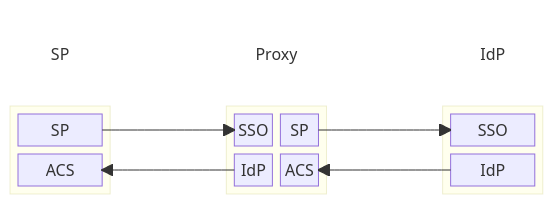
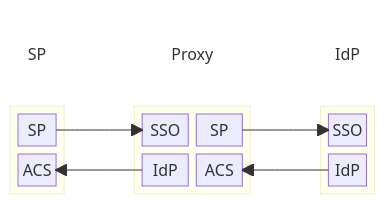
The first of 2 diagrams in README.md (mikehadlow/samlproxy), drawn with Mermaid before and after one commit. The commit also changed other lines of this file, not shown here.

Commit message:
block spacing

````diff
--- a/README.md
+++ b/README.md
@@ -6,44 +6,47 @@
 ```mermaid
 block-beta
-columns 5
+columns 6
 
     %% Headers
     h1["SP"]
     space
-    h2["Proxy"]
+    h2["Proxy"]:2
     space
     h3["IdP"]
 
     style h1 fill:none,stroke:none
     style h2 fill:none,stroke:none
     style h3 fill:none,stroke:none
 
-    block
+    %% Service Provider
+    block:a
     columns 1
       a1["SP"]
       a2["ACS"]
     end
 
     space:1
 
-    block
+    %% Proxy
+    block:b:2
     columns 2
       b1["SSO"]
       b2["SP"]
       b3["IdP"]
       b4["ACS"]
     end
 
     space:1
 
-    block
+    %% IdP
+    block:c
     columns 1
       c1["SSO"]
       c2{"IdP"]
     end
 
     a1-->b1
     b2-->c1
     c2-->b4
     b3-->a2
 ```
````
